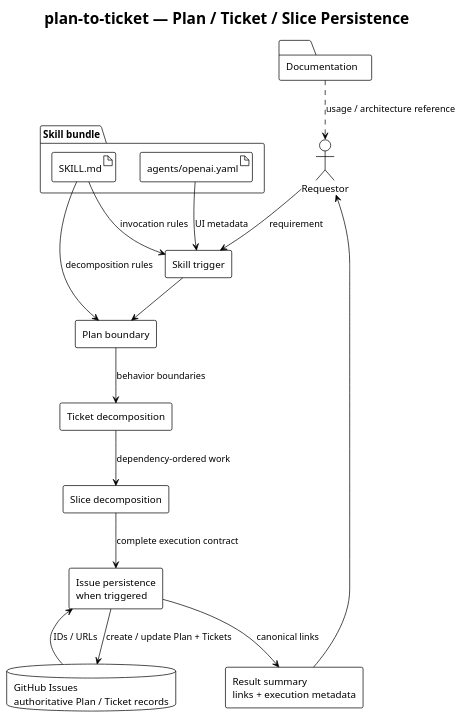
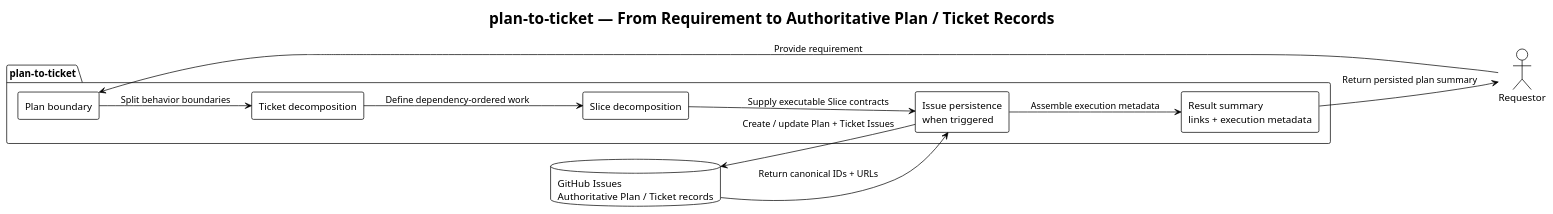
Before and after one commit to i-zrhe2016/codex-development-workflow: the diagram in docs/skills/plan-to-ticket/diagrams/plan-to-ticket-architecture.puml, drawn with PlantUML. The commit also changed 8 other files, not shown here.

Commit message:
docs(diagrams): normalize PlantUML views

```diff
--- a/docs/skills/plan-to-ticket/diagrams/plan-to-ticket-architecture.puml
+++ b/docs/skills/plan-to-ticket/diagrams/plan-to-ticket-architecture.puml
@@ -1,39 +1,30 @@
 @startuml
 !theme plain
-top to bottom direction
+left to right direction
 skinparam shadowing false
 skinparam defaultFontName Arial
 skinparam componentStyle rectangle
 
-title plan-to-ticket — Plan / Ticket / Slice Persistence
+title plan-to-ticket — From Requirement to Authoritative Plan / Ticket Records
 
 actor "Requestor" as requestor
-component "Skill trigger" as trigger
-component "Plan boundary" as plan
-component "Ticket decomposition" as tickets
-component "Slice decomposition" as slices
-component "Issue persistence\nwhen triggered" as persistence
-database "GitHub Issues\nauthoritative Plan / Ticket records" as issues
-component "Result summary\nlinks + execution metadata" as output
 
-folder "Skill bundle" as bundle {
-  artifact "SKILL.md" as skill
-  artifact "agents/openai.yaml" as metadata
+package "plan-to-ticket" {
+  component "Plan boundary" as plan
+  component "Ticket decomposition" as tickets
+  component "Slice decomposition" as slices
+  component "Issue persistence\nwhen triggered" as persistence
+  component "Result summary\nlinks + execution metadata" as output
 }
-folder "Documentation" as docs
 
-requestor --> trigger : requirement
-trigger --> plan
-plan --> tickets : behavior boundaries
-tickets --> slices : dependency-ordered work
-slices --> persistence : complete execution contract
-persistence --> issues : create / update Plan + Tickets
-issues --> persistence : IDs / URLs
-persistence --> output : canonical links
-output --> requestor
+database "GitHub Issues\nAuthoritative Plan / Ticket records" as issues
 
-skill --> trigger : invocation rules
-skill --> plan : decomposition rules
-metadata --> trigger : UI metadata
-docs ..> requestor : usage / architecture reference
+requestor --> plan : Provide requirement
+plan --> tickets : Split behavior boundaries
+tickets --> slices : Define dependency-ordered work
+slices --> persistence : Supply executable Slice contracts
+persistence --> issues : Create / update Plan + Ticket Issues
+issues --> persistence : Return canonical IDs + URLs
+persistence --> output : Assemble execution metadata
+output --> requestor : Return persisted plan summary
 @enduml
```
